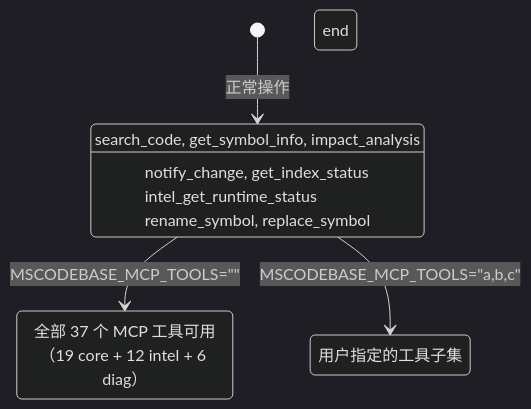
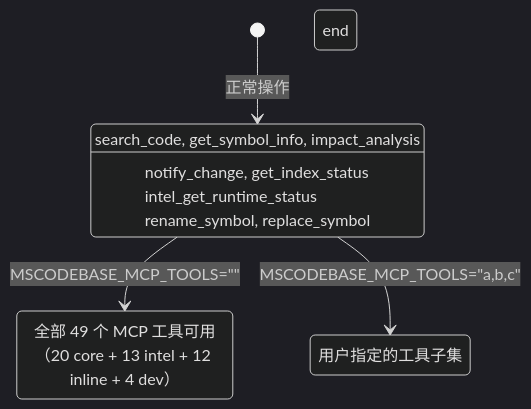
The third of 4 diagrams in docs/zh/GRACEFUL_DEGRADATION.md (ManSio/mscodebase-intelligence), drawn with Mermaid (dark theme) before and after one commit. The commit also changed 40 other files, not shown here.

Commit message:
docs: sync tool/edge/test counters to runtime truth (49 = 20 core + 13 intel + 12 inline + 4 dev; 29 edge types; 853 tests) across en|ru|zh; diary + experiments log (A/B protocol-compression); add T1/T3/T4 artifacts (bench, patches)

````diff
--- a/docs/zh/GRACEFUL_DEGRADATION.md
+++ b/docs/zh/GRACEFUL_DEGRADATION.md
@@ -83,22 +83,22 @@
 ```mermaid
 stateDiagram-v2
     [*] --> DEFAULT_TOOLS: 正常操作
 
     state DEFAULT_TOOLS[可见: 12 个工具]
         DEFAULT_TOOLS: search_code, get_symbol_info, impact_analysis
         DEFAULT_TOOLS: notify_change, get_index_status
         DEFAULT_TOOLS: intel_get_runtime_status
         DEFAULT_TOOLS: rename_symbol, replace_symbol
     end
 
     DEFAULT_TOOLS --> ALL_TOOLS: MSCODEBASE_MCP_TOOLS=""
     DEFAULT_TOOLS --> CUSTOM_TOOLS: MSCODEBASE_MCP_TOOLS="a,b,c"
 
-    state ALL_TOOLS[可见: 37 个工具]
-        ALL_TOOLS: 全部 37 个 MCP 工具可用（19 core + 12 intel + 6 diag）
+    state ALL_TOOLS[可见: 49 个工具]
+        ALL_TOOLS: 全部 49 个 MCP 工具可用（20 core + 13 intel + 12 inline + 4 dev）
     end
 
     state CUSTOM_TOOLS[自定义选择]
         CUSTOM_TOOLS: 用户指定的工具子集
     end
 ```
````
